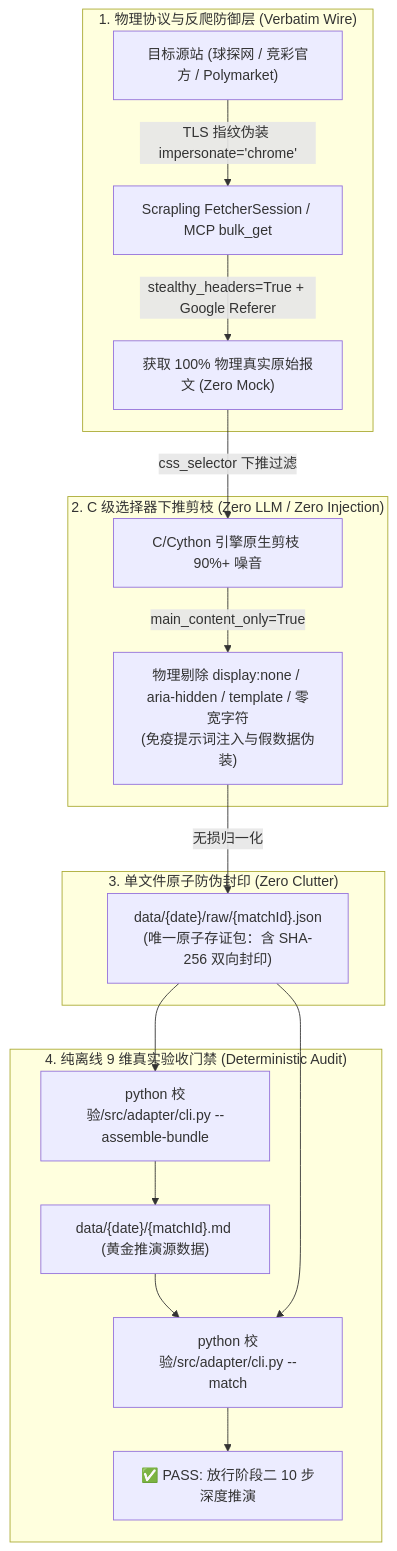
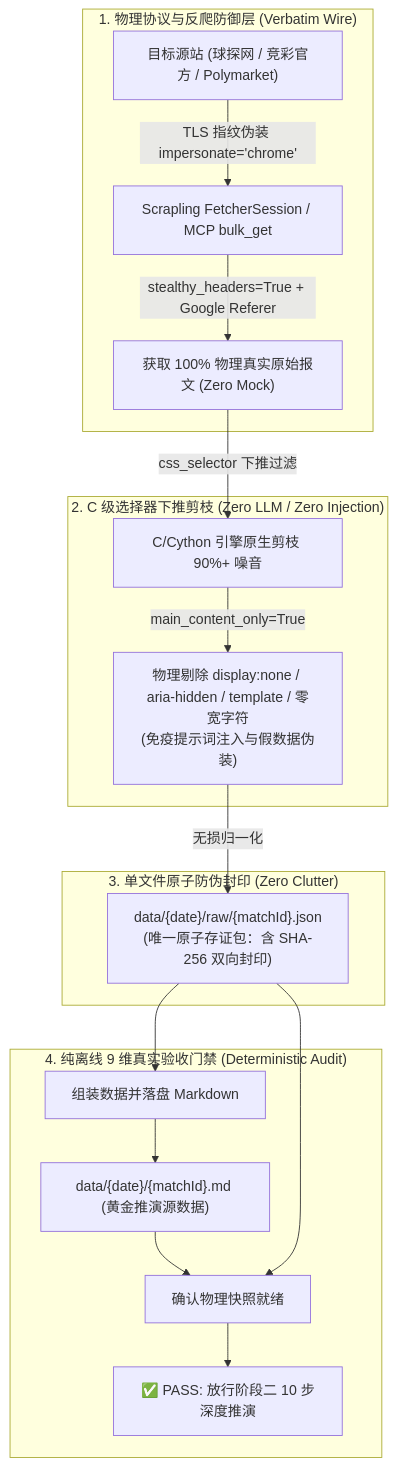
The diagram in docs/tutorials/scrapling_zero_fabrication_guide.md (i0ivi0i/supodds), drawn with Mermaid before and after one commit. The commit also changed other lines of this file and 8 other files, not shown here.

````diff
--- a/docs/tutorials/scrapling_zero_fabrication_guide.md
+++ b/docs/tutorials/scrapling_zero_fabrication_guide.md
@@ -14,23 +14,23 @@
 ```mermaid
 flowchart TD
     subgraph Net["1. 物理协议与反爬防御层 (Verbatim Wire)"]
         W1["目标源站 (球探网 / 竞彩官方 / Polymarket)"] -->|"TLS 指纹伪装 impersonate='chrome'"| F["Scrapling FetcherSession / MCP bulk_get"]
         F -->|"stealthy_headers=True + Google Referer"| W2["获取 100% 物理真实原始报文 (Zero Mock)"]
     end
 
     subgraph Prune["2. C 级选择器下推剪枝 (Zero LLM / Zero Injection)"]
         W2 -->|"css_selector 下推过滤"| C["C/Cython 引擎原生剪枝 90%+ 噪音"]
         C -->|"main_content_only=True"| S["物理剔除 display:none / aria-hidden / template / 零宽字符\n(免疫提示词注入与假数据伪装)"]
     end
 
     subgraph Storage["3. 单文件原子防伪封印 (Zero Clutter)"]
         S -->|"无损归一化"| B["data/{date}/raw/{matchId}.json\n(唯一原子存证包：含 SHA-256 双向封印)"]
     end
 
     subgraph Gate["4. 纯离线 9 维真实验收门禁 (Deterministic Audit)"]
-        B --> CLI["python 校验/src/adapter/cli.py --assemble-bundle"]
+        B --> CLI["组装数据并落盘 Markdown"]
         CLI --> MD["data/{date}/{matchId}.md (黄金推演源数据)"]
-        MD & B --> VER["python 校验/src/adapter/cli.py --match"]
+        MD & B --> VER["确认物理快照就绪"]
         VER --> PASS["✅ PASS: 放行阶段二 10 步深度推演"]
     end
 ```
````
